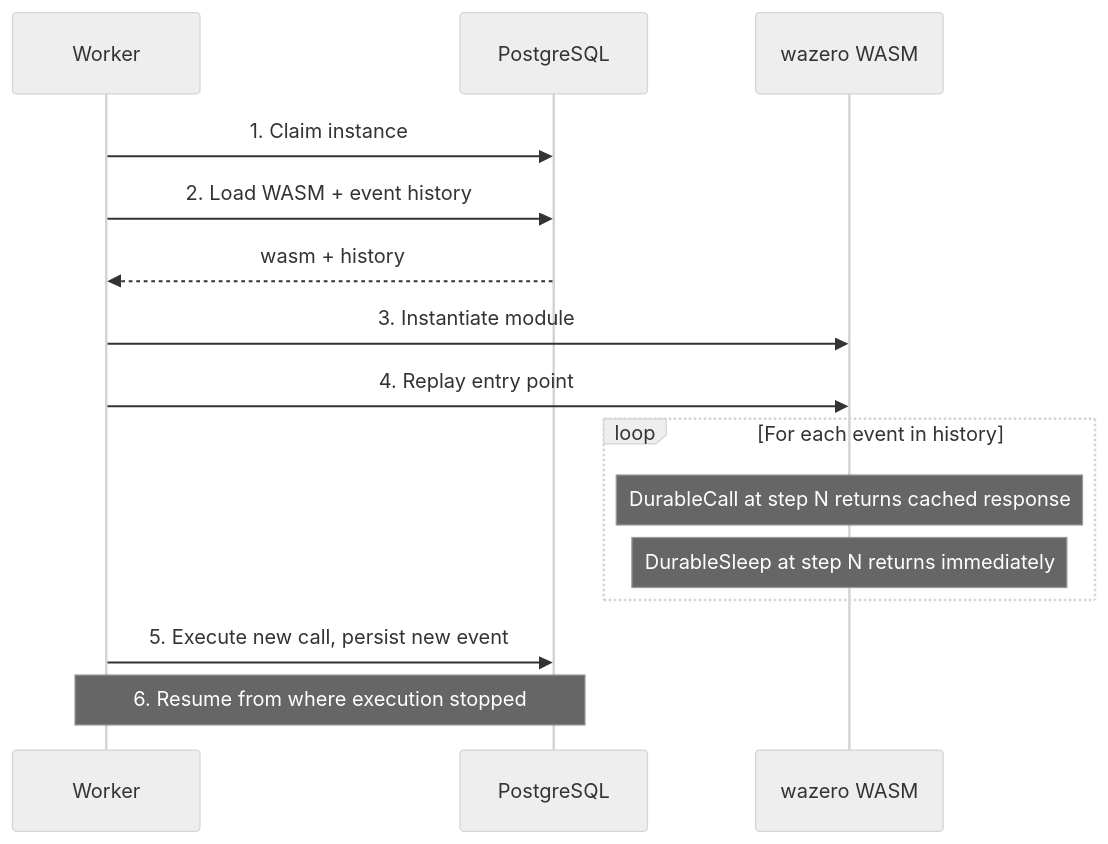
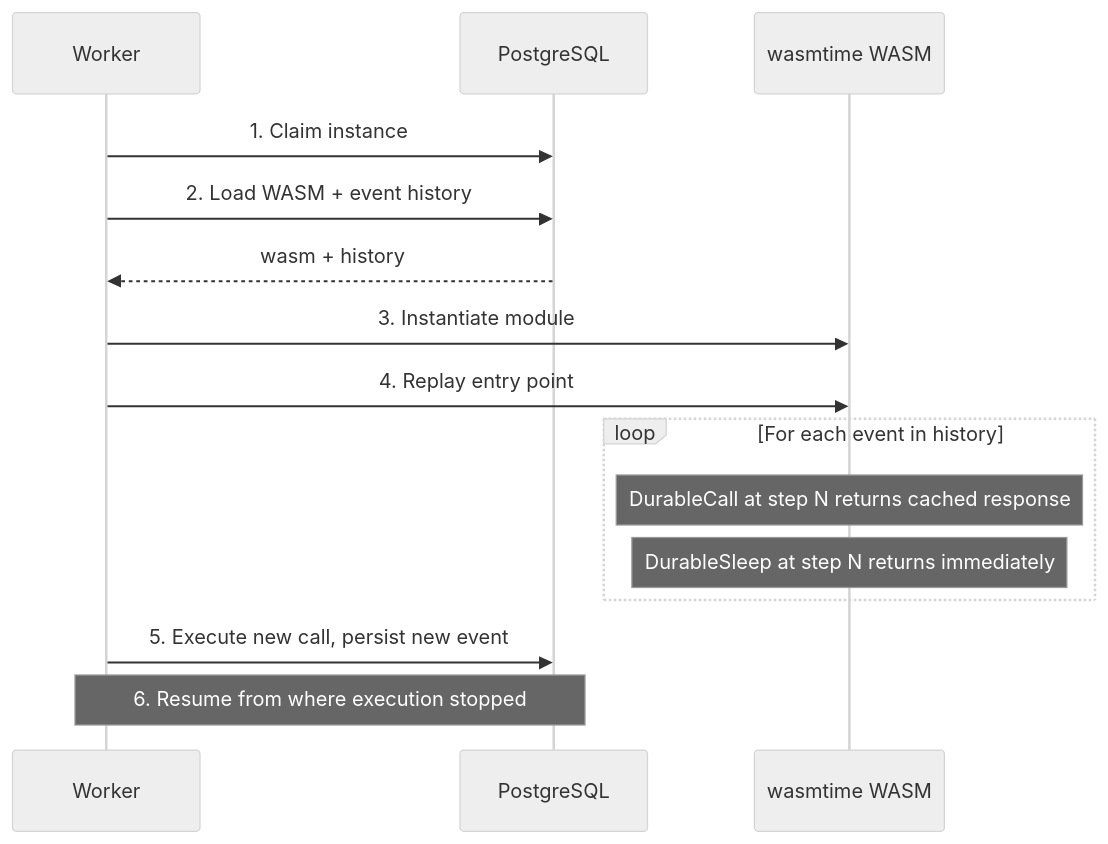
The fourth of 4 diagrams in docs/explanation/architecture.md (cleat-team/cleat), drawn with Mermaid (neutral theme) before and after one commit. The commit also changed other lines of this file and 24 other files, not shown here.

First line of the commit message:
docs: every doc and diagram that said a worker runs on wazero (3.314)

````diff
--- a/docs/explanation/architecture.md
+++ b/docs/explanation/architecture.md
@@ -200,18 +206,18 @@
 ```mermaid
 sequenceDiagram
     participant W as Worker
     participant PG as PostgreSQL
-    participant WZ as wazero WASM
+    participant WZ as wasmtime WASM
 
     W->>PG: 1. Claim instance
     W->>PG: 2. Load WASM + event history
     PG-->>W: wasm + history
     W->>WZ: 3. Instantiate module
     W->>WZ: 4. Replay entry point
     loop For each event in history
         Note over WZ: DurableCall at step N returns cached response
         Note over WZ: DurableSleep at step N returns immediately
     end
     W->>PG: 5. Execute new call, persist new event
     Note over W,PG: 6. Resume from where execution stopped
 ```
````
